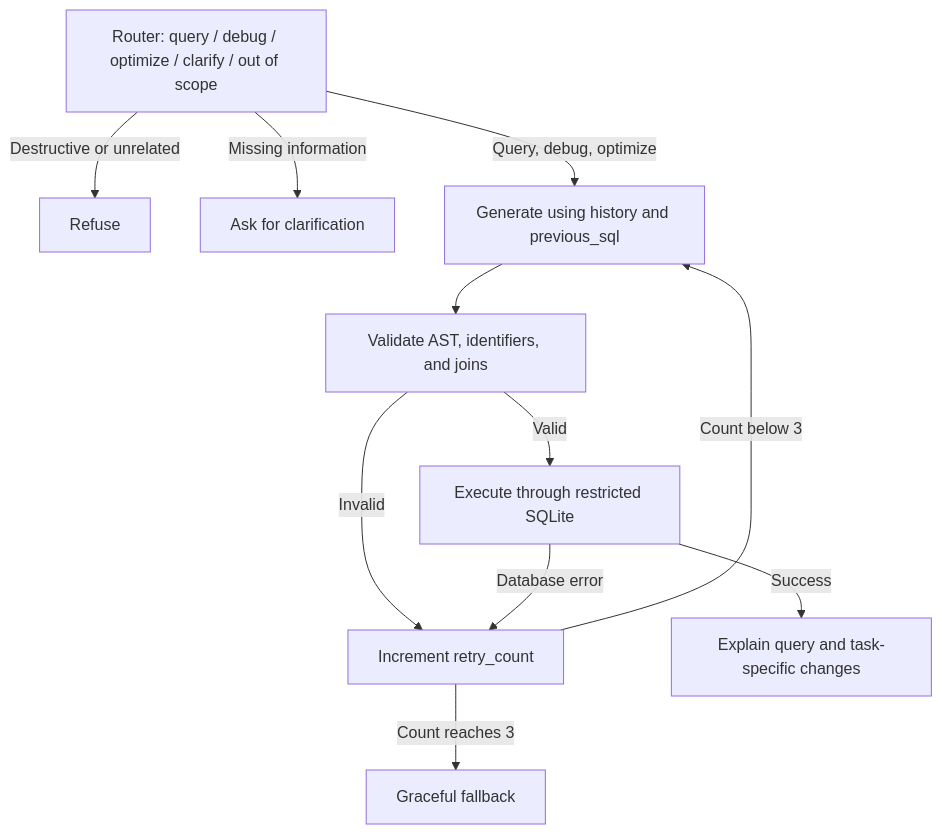
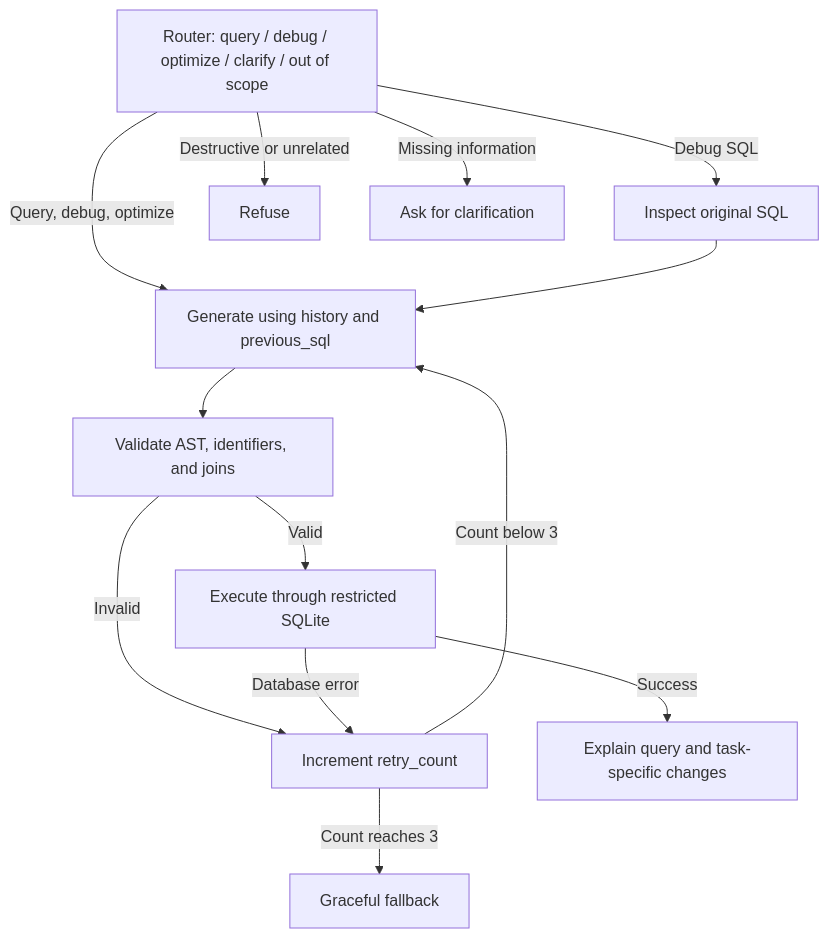
The second of 2 diagrams in README.md (Mainamanhoon/SQL-Query-AI-Agent), drawn with Mermaid before and after one commit. The commit also changed other lines of this file and 20 other files, not shown here.

````diff
--- a/README.md
+++ b/README.md
@@ -110,13 +118,15 @@
 ```mermaid
 flowchart TD
-    A[Router: query / debug / optimize / clarify / out of scope] -->|Destructive or unrelated| R[Refuse]
+    A[Router: query / debug / optimize / clarify / out of scope] -->|Debug SQL| D[Inspect original SQL]
+    A -->|Destructive or unrelated| R[Refuse]
     A -->|Missing information| C[Ask for clarification]
     A -->|Query, debug, optimize| G[Generate using history and previous_sql]
+    D --> G
     G --> V[Validate AST, identifiers, and joins]
     V -->|Valid| E[Execute through restricted SQLite]
     V -->|Invalid| F[Increment retry_count]
     E -->|Database error| F
     F -->|Count below 3| G
     F -->|Count reaches 3| X[Graceful fallback]
     E -->|Success| P[Explain query and task-specific changes]
 ```
````
